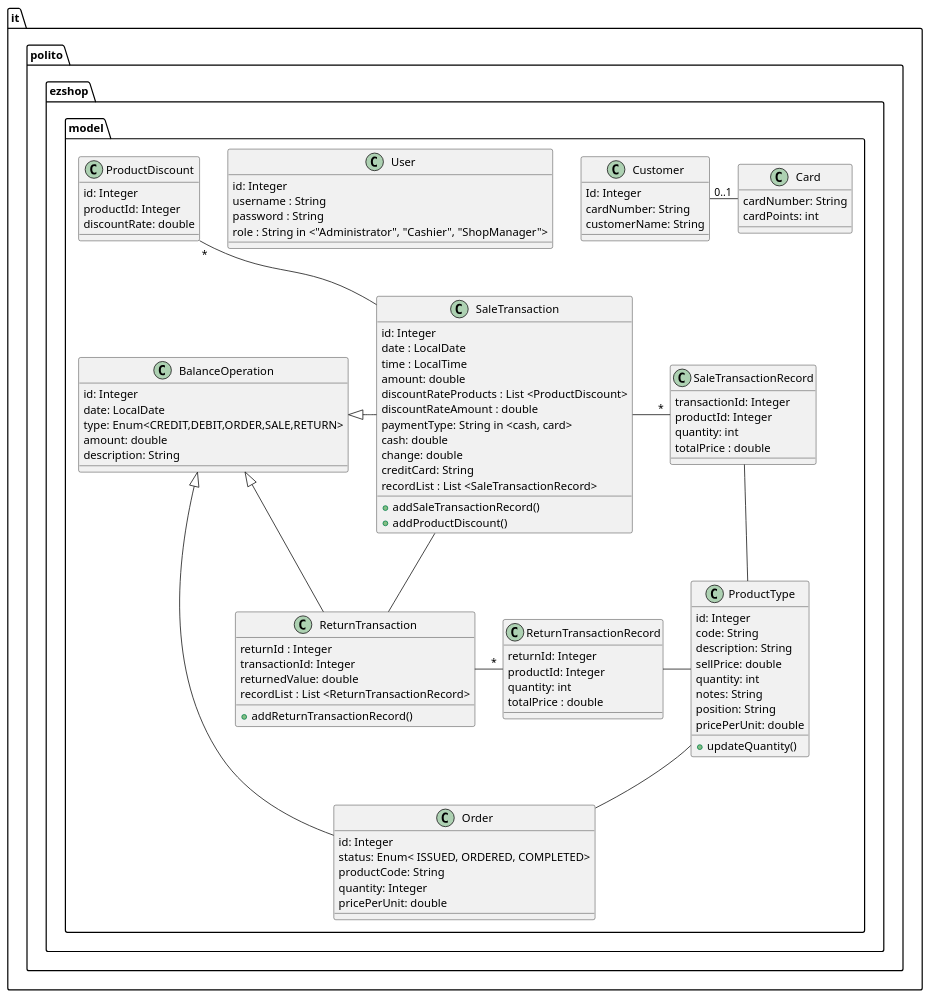
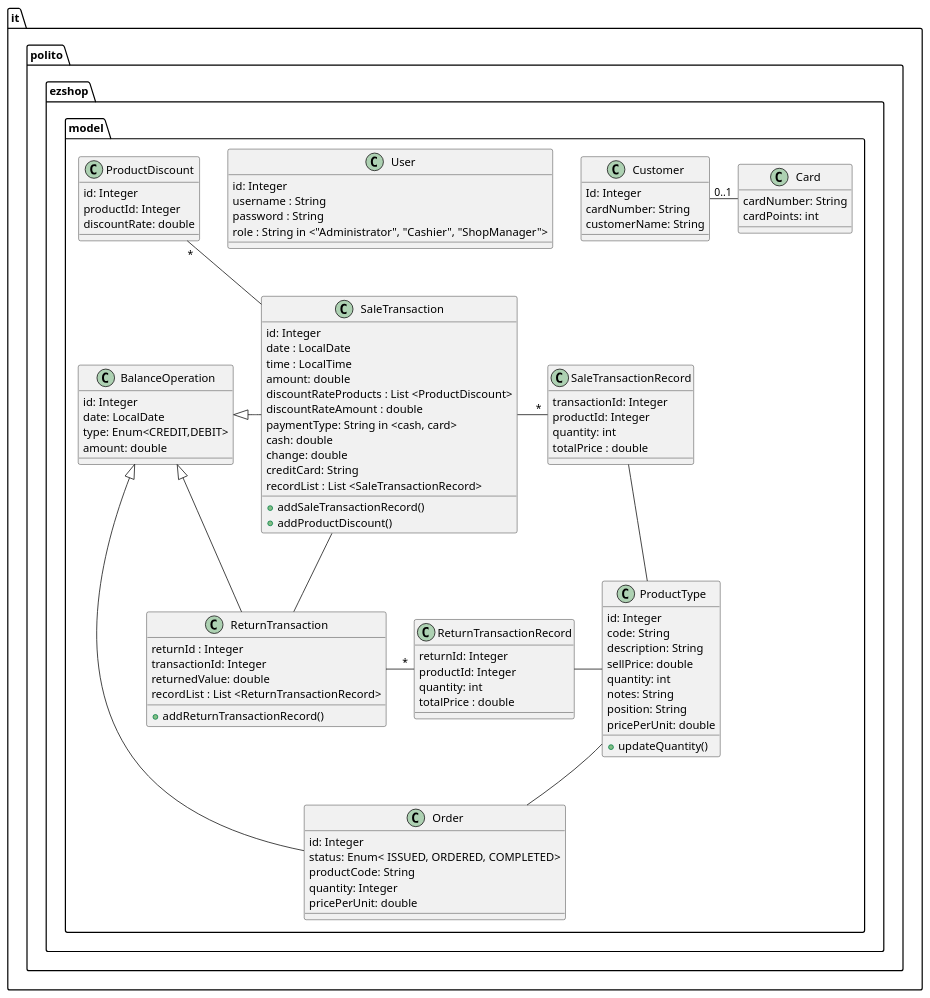
One commit to paocela/EzShop changed the third of 29 diagrams in Deliverables/DesignDocument.md. Above: the diagram before and after it, drawn with PlantUML. The commit also changed other lines of this file and 3 other files, not shown here.

```diff
--- a/Deliverables/DesignDocument.md
+++ b/Deliverables/DesignDocument.md
@@ -239,9 +239,8 @@
     class BalanceOperation {
         id: Integer
         date: LocalDate
-        type: Enum<CREDIT,DEBIT,ORDER,SALE,RETURN>
+        type: Enum<CREDIT,DEBIT>
         amount: double
-        description: String
 
     }
 }
```
